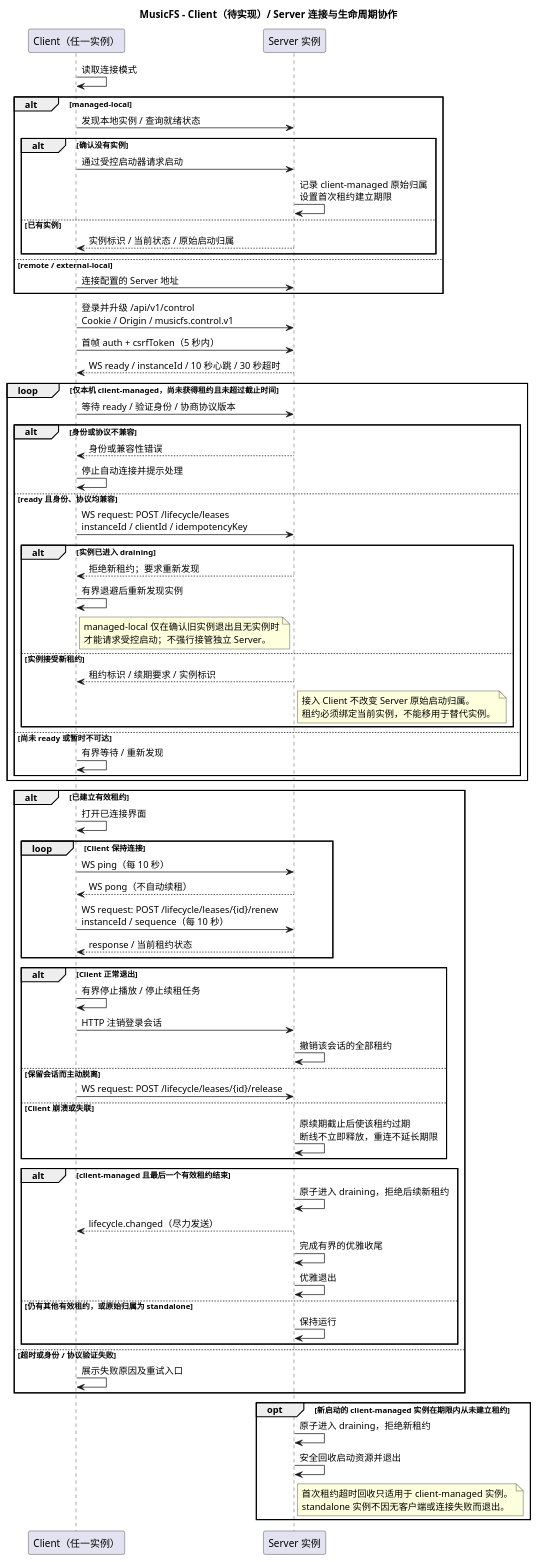
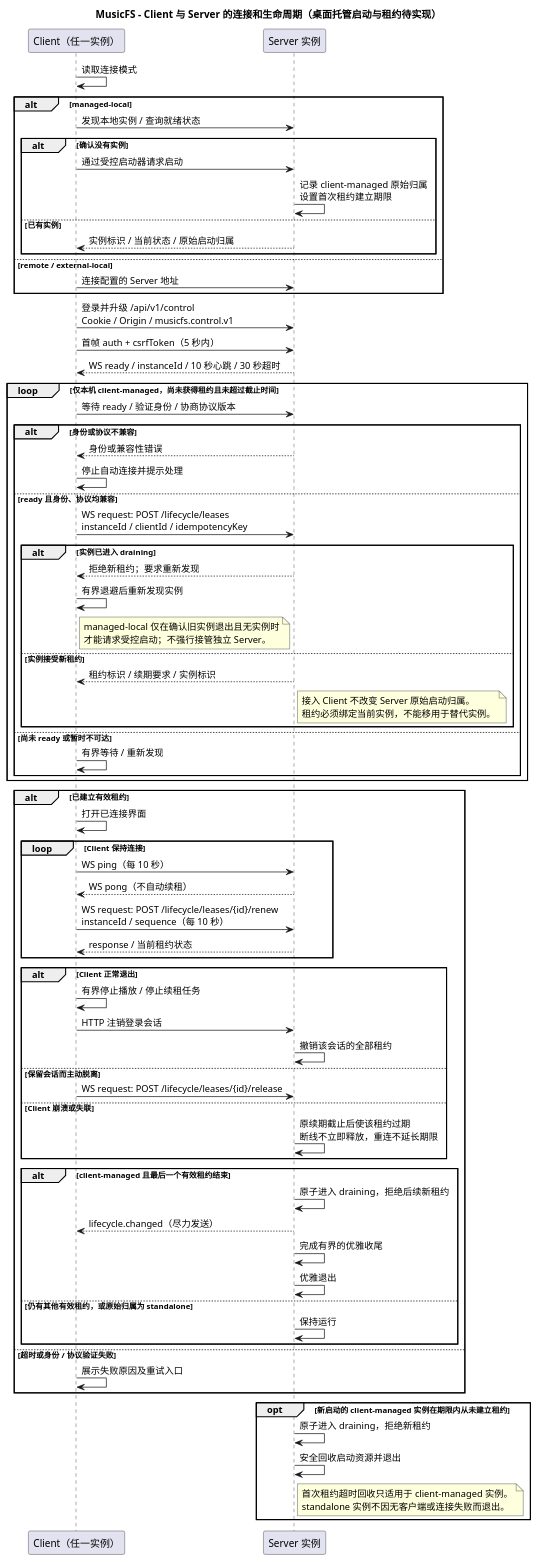
One commit to fnMrRice/MusicFS changed the diagram in docs/diagrams/windows-launch.puml. Above: the diagram before and after it, drawn with PlantUML. The commit also changed 6 other files, not shown here.

```diff
--- a/docs/diagrams/windows-launch.puml
+++ b/docs/diagrams/windows-launch.puml
@@ -1,86 +1,86 @@
 @startuml
-title MusicFS - Client（待实现）/ Server 连接与生命周期协作
+title MusicFS - Client 与 Server 的连接和生命周期（桌面托管启动与租约待实现）
 participant "Client（任一实例）" as Client
 participant "Server 实例" as Server
 
 Client -> Client : 读取连接模式
 alt managed-local
   Client -> Server : 发现本地实例 / 查询就绪状态
   alt 确认没有实例
     Client -> Server : 通过受控启动器请求启动
     Server -> Server : 记录 client-managed 原始归属\n设置首次租约建立期限
   else 已有实例
     Server --> Client : 实例标识 / 当前状态 / 原始启动归属
   end
 else remote / external-local
   Client -> Server : 连接配置的 Server 地址
 end
 
 Client -> Server : 登录并升级 /api/v1/control\nCookie / Origin / musicfs.control.v1
 Client -> Server : 首帧 auth + csrfToken（5 秒内）
 Server --> Client : WS ready / instanceId / 10 秒心跳 / 30 秒超时
 
 loop 仅本机 client-managed，尚未获得租约且未超过截止时间
   Client -> Server : 等待 ready / 验证身份 / 协商协议版本
   alt 身份或协议不兼容
     Server --> Client : 身份或兼容性错误
     Client -> Client : 停止自动连接并提示处理
   else ready 且身份、协议均兼容
     Client -> Server : WS request: POST /lifecycle/leases\ninstanceId / clientId / idempotencyKey
     alt 实例已进入 draining
       Server --> Client : 拒绝新租约；要求重新发现
       Client -> Client : 有界退避后重新发现实例
       note right of Client
         managed-local 仅在确认旧实例退出且无实例时
         才能请求受控启动；不强行接管独立 Server。
       end note
     else 实例接受新租约
       Server --> Client : 租约标识 / 续期要求 / 实例标识
       note right of Server
         接入 Client 不改变 Server 原始启动归属。
         租约必须绑定当前实例，不能移用于替代实例。
       end note
     end
   else 尚未 ready 或暂时不可达
     Client -> Client : 有界等待 / 重新发现
   end
 end
 
 alt 已建立有效租约
   Client -> Client : 打开已连接界面
   loop Client 保持连接
     Client -> Server : WS ping（每 10 秒）
     Server --> Client : WS pong（不自动续租）
     Client -> Server : WS request: POST /lifecycle/leases/{id}/renew\ninstanceId / sequence（每 10 秒）
     Server --> Client : response / 当前租约状态
   end
   alt Client 正常退出
     Client -> Client : 有界停止播放 / 停止续租任务
     Client -> Server : HTTP 注销登录会话
     Server -> Server : 撤销该会话的全部租约
   else 保留会话而主动脱离
     Client -> Server : WS request: POST /lifecycle/leases/{id}/release
   else Client 崩溃或失联
     Server -> Server : 原续期截止后使该租约过期\n断线不立即释放，重连不延长期限
   end
   alt client-managed 且最后一个有效租约结束
     Server -> Server : 原子进入 draining，拒绝后续新租约
     Server --> Client : lifecycle.changed（尽力发送）
     Server -> Server : 完成有界的优雅收尾
     Server -> Server : 优雅退出
   else 仍有其他有效租约，或原始归属为 standalone
     Server -> Server : 保持运行
   end
 else 超时或身份 / 协议验证失败
   Client -> Client : 展示失败原因及重试入口
 end
 
 opt 新启动的 client-managed 实例在期限内从未建立租约
   Server -> Server : 原子进入 draining，拒绝新租约
   Server -> Server : 安全回收启动资源并退出
   note right of Server
     首次租约超时回收只适用于 client-managed 实例。
     standalone 实例不因无客户端或连接失败而退出。
   end note
 end
 @enduml
```
